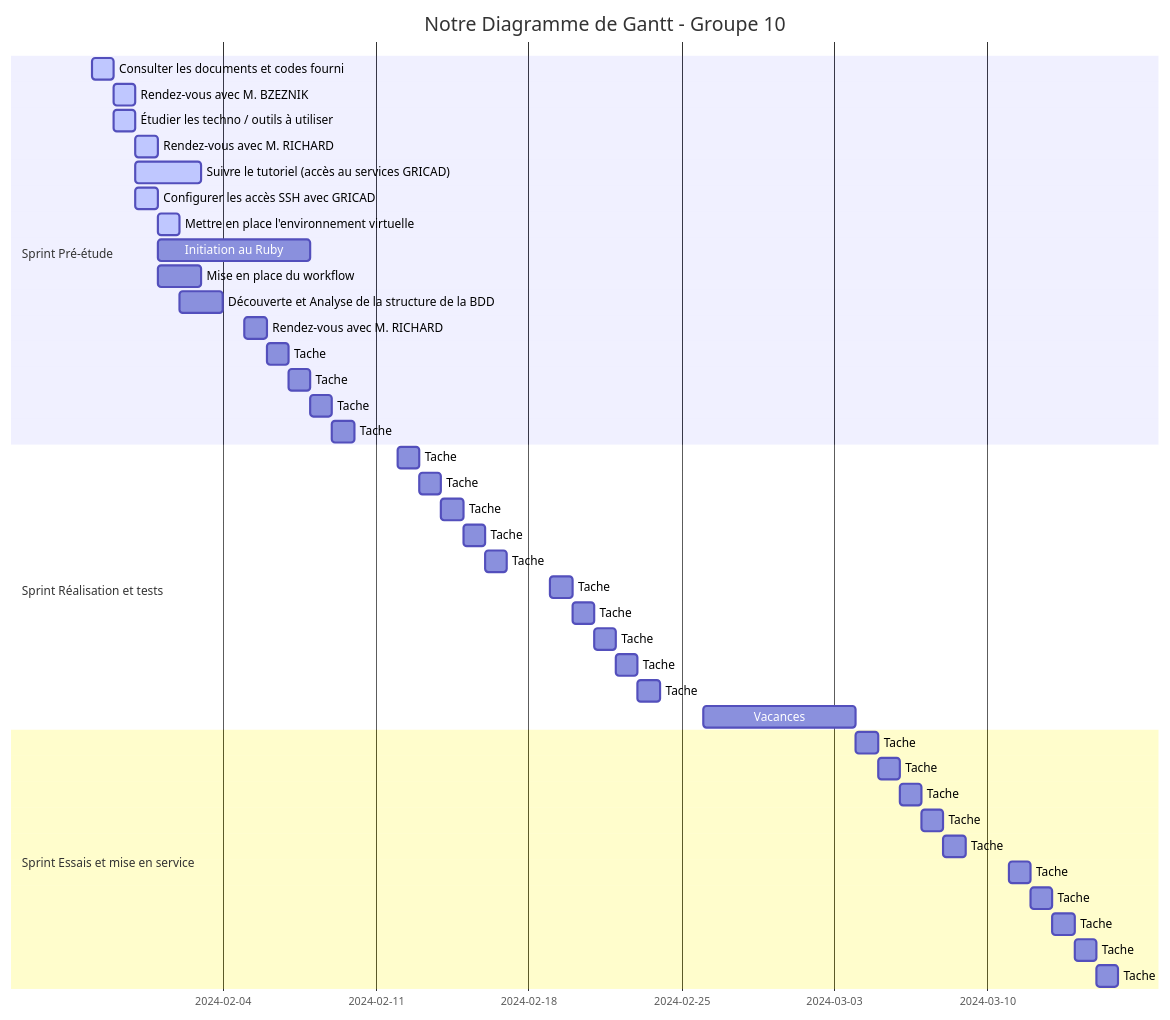
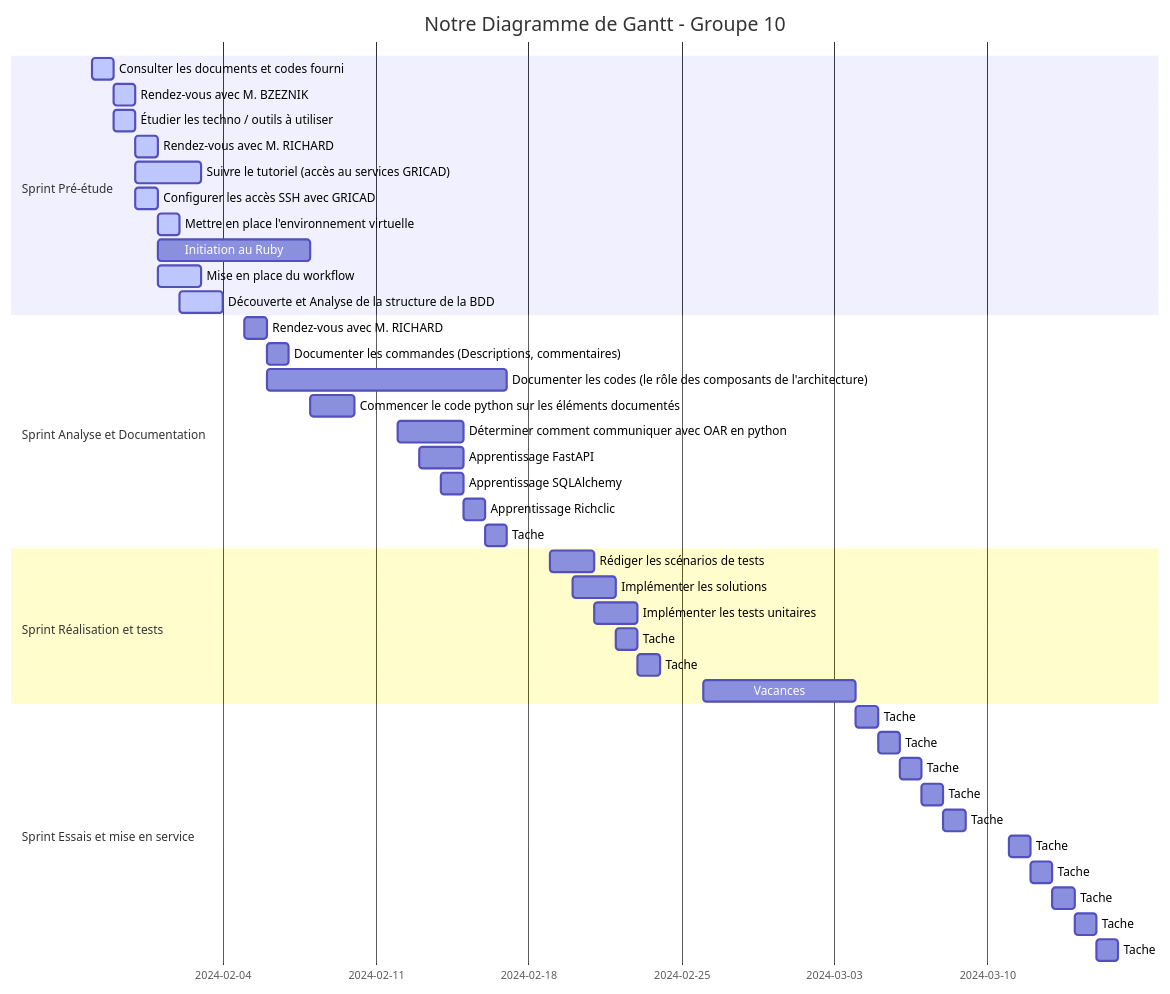
Before and after one commit to 2023-2024-PROJET-S10-G10/docs: the diagram in gantt_diagram.md, drawn with Mermaid. The commit also changed 2 other files, not shown here.

Commit message:
added backlog + updated daily_meeting and gantt

````diff
--- a/gantt_diagram.md
+++ b/gantt_diagram.md
@@ -1,44 +1,44 @@
 ```mermaid
 gantt
     title Notre Diagramme de Gantt - Groupe 10
     dateFormat YYYY-MM-DD
     section Sprint Pré-étude
         Consulter les documents et codes fourni                         :active, 2024-01-29, 1d
         Rendez-vous avec M. BZEZNIK                                     :active, 2024-01-30, 1d
         Étudier les techno / outils à utiliser                          :active, 2024-01-30, 1d
         Rendez-vous avec M. RICHARD                                     :active, 2024-01-31, 1d
         Suivre le tutoriel (accès au services GRICAD)                   :active, 2024-01-31, 3d
         Configurer les accès SSH avec GRICAD                            :active, 2024-01-31, 1d
         Mettre en place l'environnement virtuelle                       :active, 2024-02-01, 1d
         Initiation au Ruby                                              : 2024-02-01, 7d
-        Mise en place du workflow                                       : 2024-02-01, 2d
-        Découverte et Analyse de la structure de la BDD                 : 2024-02-02, 2d
-        Rendez-vous avec M. RICHARD                        : 2024-02-05, 1d
-        Tache                        : 2024-02-06, 1d
-        Tache                        : 2024-02-07, 1d
-        Tache                        : 2024-02-08, 1d
-        Tache                        : 2024-02-09, 1d
-    section  Sprint Réalisation et tests
-        Tache                        : 2024-02-12, 1d
-        Tache                        : 2024-02-13, 1d
-        Tache                        : 2024-02-14, 1d
-        Tache                        : 2024-02-15, 1d
+        Mise en place du workflow                                       :active, 2024-02-01, 2d
+        Découverte et Analyse de la structure de la BDD                 :active, 2024-02-02, 2d
+    section Sprint Analyse et Documentation
+        Rendez-vous avec M. RICHARD                                     : 2024-02-05, 1d
+        Documenter les commandes (Descriptions, commentaires)           : 2024-02-06, 1d
+        Documenter les codes (le rôle des composants de l'architecture) : 2024-02-06, 11d
+        Commencer le code python sur les éléments documentés            : 2024-02-08, 2d
+        Déterminer comment communiquer avec OAR en python               : 2024-02-12, 3d
+        Apprentissage FastAPI                                          : 2024-02-13, 2d
+        Apprentissage SQLAlchemy                                       : 2024-02-14, 1d
+        Apprentissage Richclic                                         : 2024-02-15, 1d
         Tache                        : 2024-02-16, 1d
-        Tache                        : 2024-02-19, 1d
-        Tache                        : 2024-02-20, 1d
-        Tache                        : 2024-02-21, 1d
+    section Sprint Réalisation et tests
+        Rédiger les scénarios de tests                                  : 2024-02-19, 2d
+        Implémenter les solutions                                       : 2024-02-20, 2d
+        Implémenter les tests unitaires                        : 2024-02-21, 2d
         Tache                        : 2024-02-22, 1d
         Tache                        : 2024-02-23, 1d
         Vacances                        : 2024-02-26, 7d
-    section  Sprint Essais et mise en service
+    section Sprint Essais et mise en service
         Tache                        : 2024-03-04, 1d
         Tache                        : 2024-03-05, 1d
         Tache                        : 2024-03-06, 1d
         Tache                        : 2024-03-07, 1d
         Tache                        : 2024-03-08, 1d
         Tache                        : 2024-03-11, 1d
         Tache                        : 2024-03-12, 1d
         Tache                        : 2024-03-13, 1d
         Tache                        : 2024-03-14, 1d
         Tache                        : 2024-03-15, 1d
 ```
````
